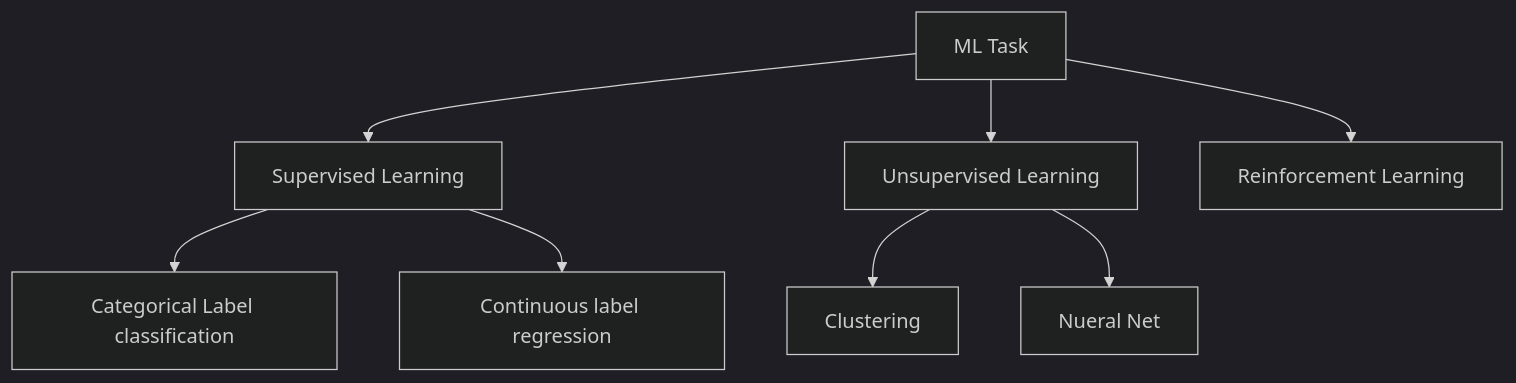
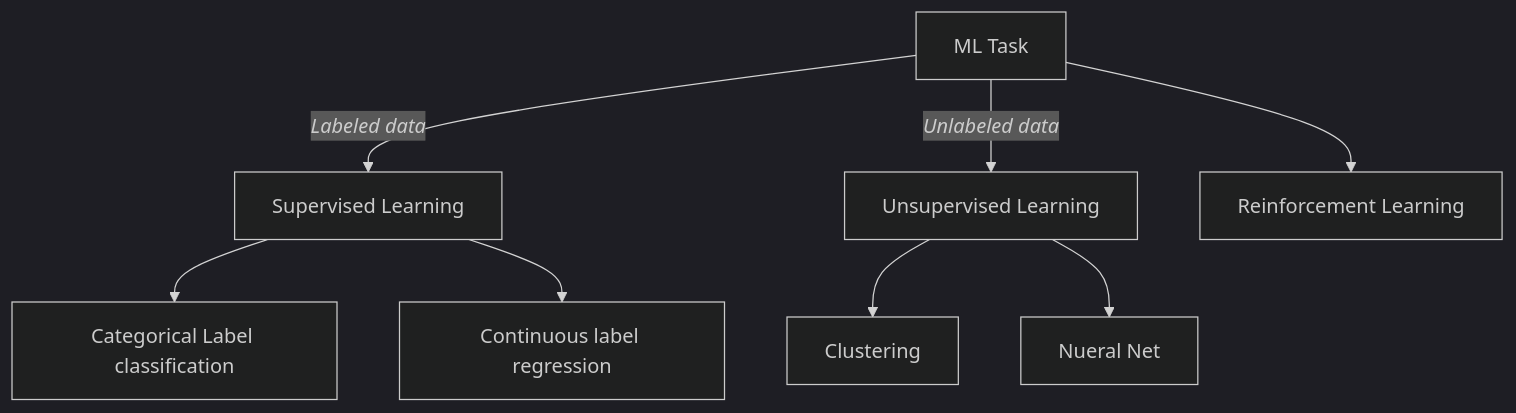
Before and after one commit to Nisarg221B/Notes: the diagram in ML notes/Deep Racer Notes/Machine Learning/The five steps of machine learning.md, drawn with Mermaid (dark theme). The commit also changed other lines of this file and 1 other file, not shown here.

````diff
--- a/ML notes/Deep Racer Notes/Machine Learning/The five steps of machine learning.md
+++ b/ML notes/Deep Racer Notes/Machine Learning/The five steps of machine learning.md
@@ -8,10 +19,10 @@
 ```mermaid
 graph TD;
-	id1[ML Task] --> id2[Supervised Learning]:::fuellungrot;
-	id1 --> id3[Unsupervised Learning];
+	id1[ML Task] -- <i>Labeled data</i> --> id2[Supervised Learning]:::fuellungrot;
+	id1 -- <i>Unlabeled data</i> --> id3[Unsupervised Learning];
 	id1 --> id4[Reinforcement Learning];
 	id2 --> id5[Categorical Label classification];
 	id2 --> id6[Continuous label regression];
 	id3 --> id7[Clustering];
 	id3 --> id8[Nueral Net];
 ```
````
